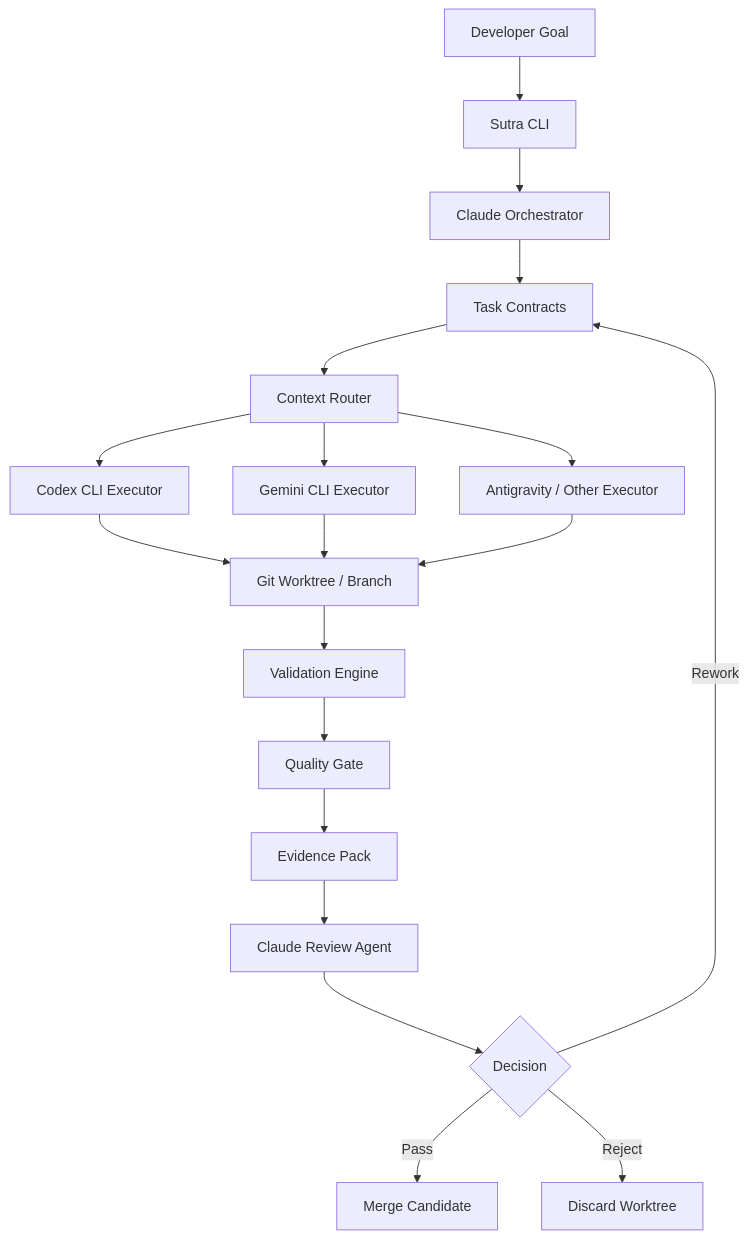
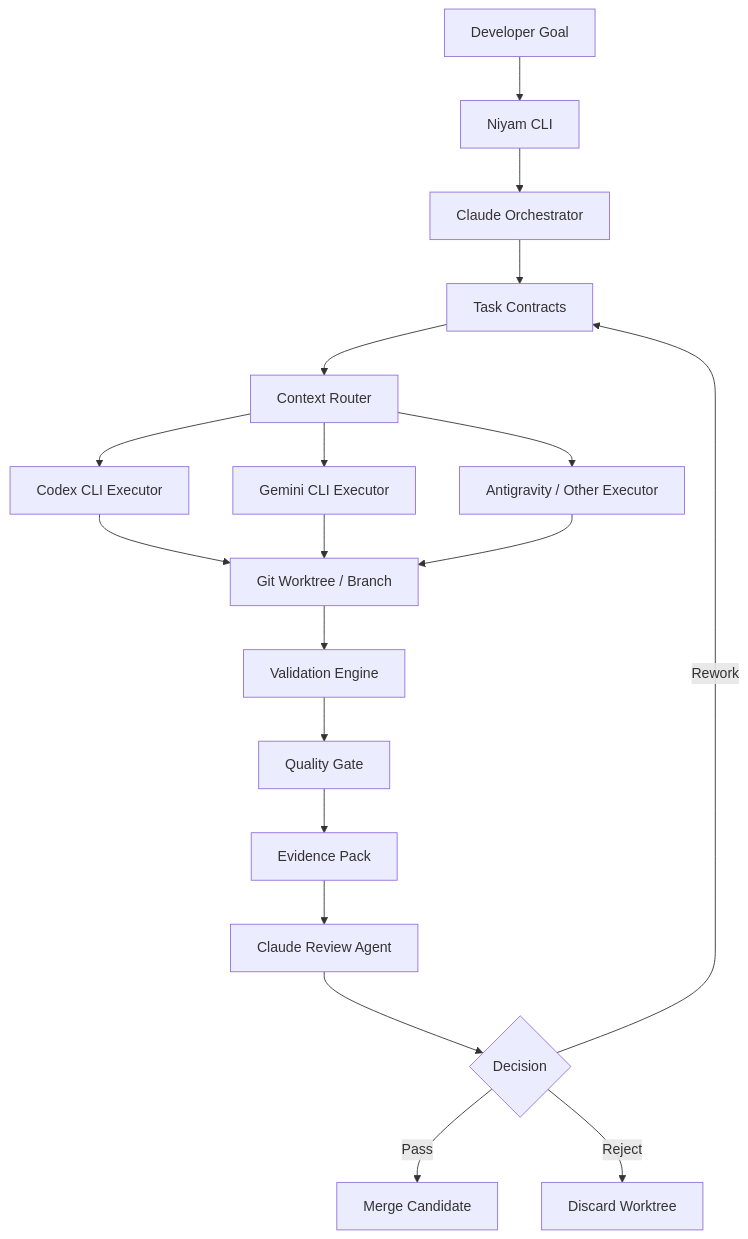
Before and after one commit to sairintechnologycom/niyam: the diagram in ROADMAP.md, drawn with Mermaid. The commit also changed other lines of this file and 581 other files, not shown here.

Commit message:
Rebrand codebase from Sutra to Niyam

````diff
--- a/ROADMAP.md
+++ b/ROADMAP.md
@@ -47,27 +47,27 @@
 ```mermaid
 flowchart TD
-    U[Developer Goal] --> S[Sutra CLI]
+    U[Developer Goal] --> S[Niyam CLI]
 
     S --> C[Claude Orchestrator]
     C --> T[Task Contracts]
 
     T --> R[Context Router]
     R --> E1[Codex CLI Executor]
     R --> E2[Gemini CLI Executor]
     R --> E3[Antigravity / Other Executor]
 
     E1 --> W[Git Worktree / Branch]
     E2 --> W
     E3 --> W
 
     W --> V[Validation Engine]
     V --> Q[Quality Gate]
 
     Q --> P[Evidence Pack]
     P --> CR[Claude Review Agent]
 
     CR --> D{Decision}
     D -->|Pass| M[Merge Candidate]
     D -->|Rework| T
     D -->|Reject| X[Discard Worktree]
 ```
````
